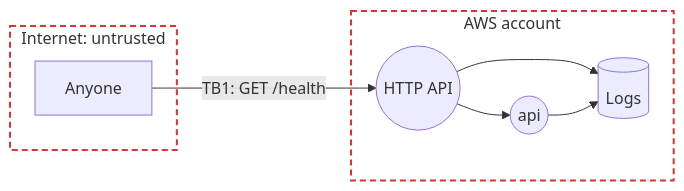
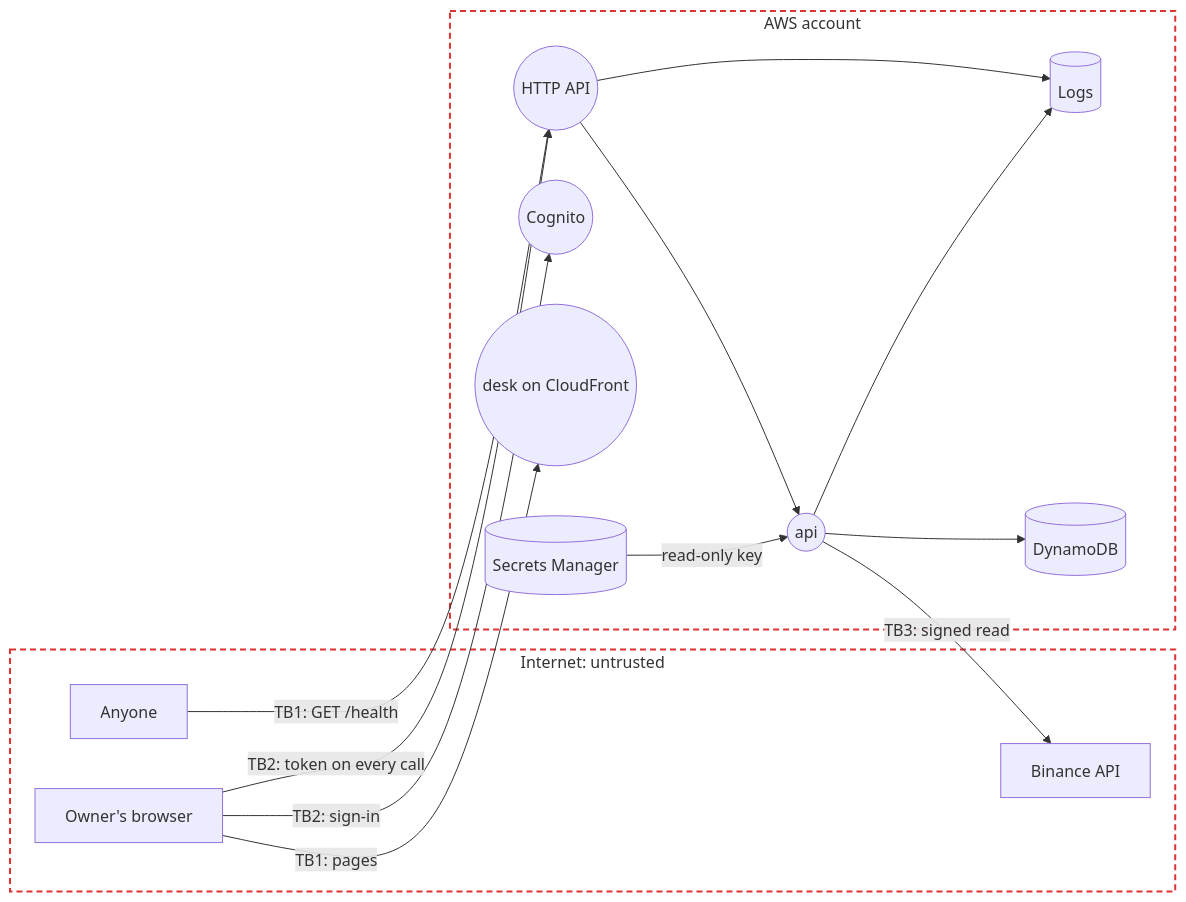
Before and after one commit to euginevd/trading-desk: the diagram in docs/threat-model.md, drawn with Mermaid. The commit also changed other lines of this file and 10 other files, not shown here.

````diff
--- a/docs/threat-model.md
+++ b/docs/threat-model.md
@@ -7,17 +7,29 @@
 ```mermaid
 flowchart LR
   subgraph internet ["Internet: untrusted"]
     caller[Anyone]
+    owner[Owner's browser]
+    binance[Binance API]
   end
   subgraph aws ["AWS account"]
+    web((desk on CloudFront))
+    cognito((Cognito))
     gateway((HTTP API))
     api((api))
+    secret[(Secrets Manager)]
+    table[(DynamoDB)]
     logs[(Logs)]
   end
   caller -- "TB1: GET /health" --> gateway
+  owner -- "TB1: pages" --> web
+  owner -- "TB2: sign-in" --> cognito
+  owner -- "TB2: token on every call" --> gateway
   gateway --> api
+  api -- "TB3: signed read" --> binance
+  secret -- "read-only key" --> api
+  api --> table
   gateway --> logs
   api --> logs
   classDef boundary fill:none,stroke:#d33,stroke-width:2px,stroke-dasharray:6 4
   class internet,aws boundary
 ```
````
